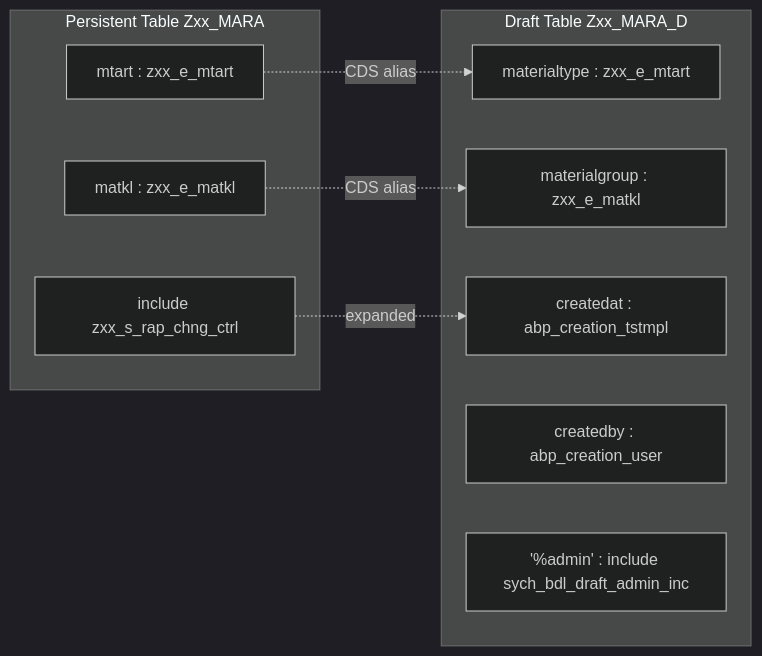
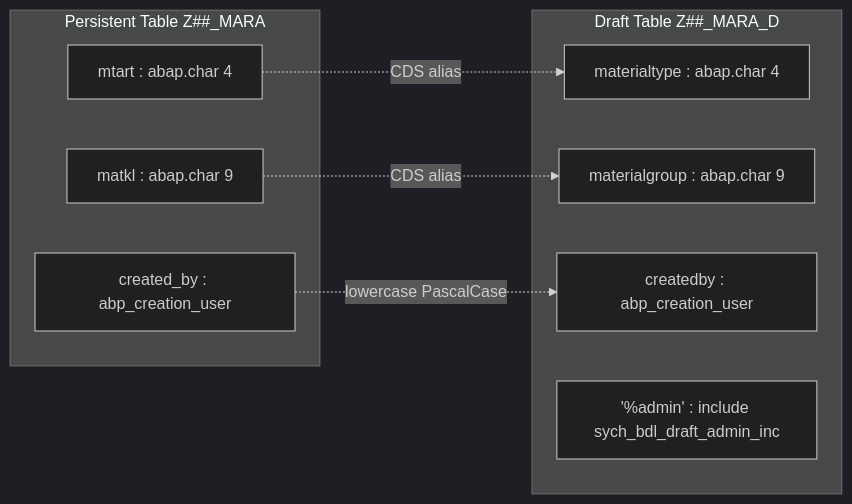
Before and after one commit to fr0ster/cloud-llm-hub: the sixth of 10 diagrams in docs/tutorials/rap-bo-creation.md, drawn with Mermaid (dark theme). The commit also changed other lines of this file, not shown here.

````diff
--- a/docs/tutorials/rap-bo-creation.md
+++ b/docs/tutorials/rap-bo-creation.md
@@ -310,20 +403,19 @@
 ```mermaid
 graph LR
-    subgraph "Persistent Table Zxx_MARA"
-        P1[mtart : zxx_e_mtart]
-        P2[matkl : zxx_e_matkl]
-        P3["include zxx_s_rap_chng_ctrl"]
+    subgraph "Persistent Table Z##_MARA"
+        P1[mtart : abap.char 4]
+        P2[matkl : abap.char 9]
+        P3[created_by : abp_creation_user]
     end
 
-    subgraph "Draft Table Zxx_MARA_D"
-        D1[materialtype : zxx_e_mtart]
-        D2[materialgroup : zxx_e_matkl]
-        D3[createdat : abp_creation_tstmpl]
-        D4[createdby : abp_creation_user]
-        D5["'%admin' : include sych_bdl_draft_admin_inc"]
+    subgraph "Draft Table Z##_MARA_D"
+        D1[materialtype : abap.char 4]
+        D2[materialgroup : abap.char 9]
+        D3[createdby : abp_creation_user]
+        D4["'%admin' : include sych_bdl_draft_admin_inc"]
     end
 
     P1 -.->|"CDS alias"| D1
     P2 -.->|"CDS alias"| D2
-    P3 -.->|"expanded"| D3
+    P3 -.->|"lowercase PascalCase"| D3
 ```
````
